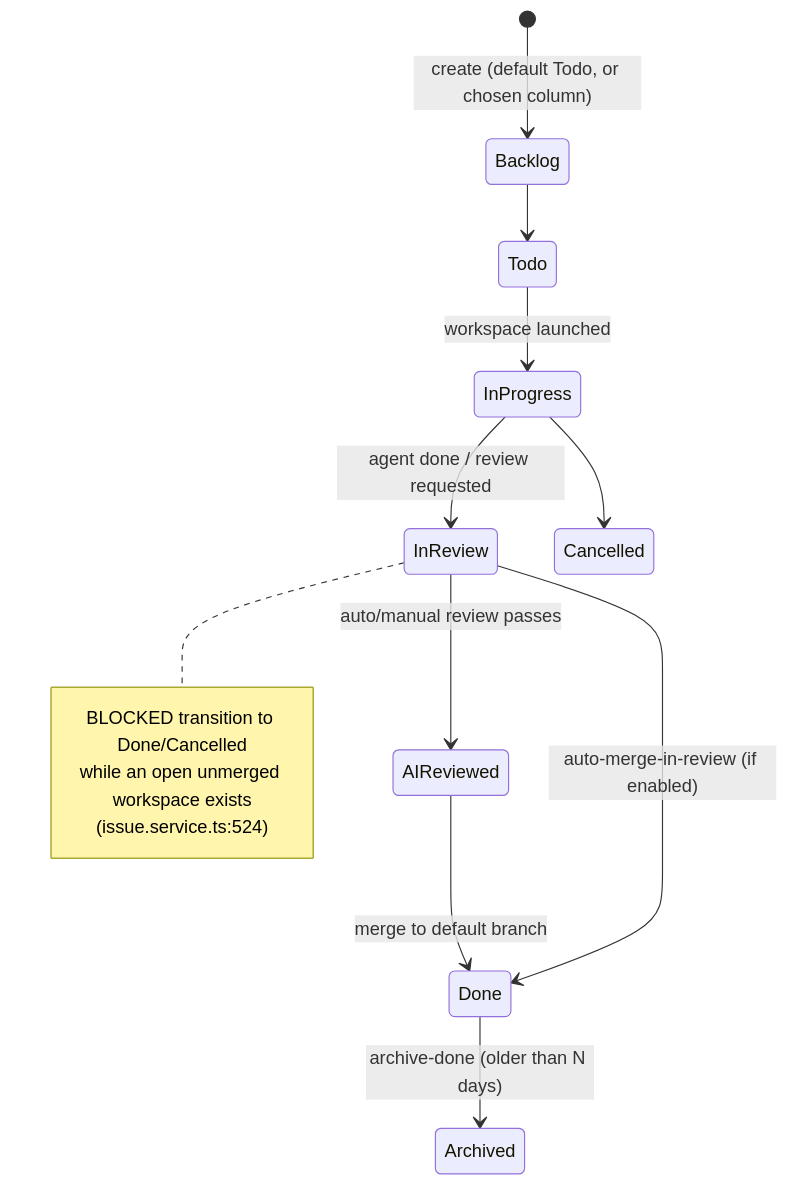
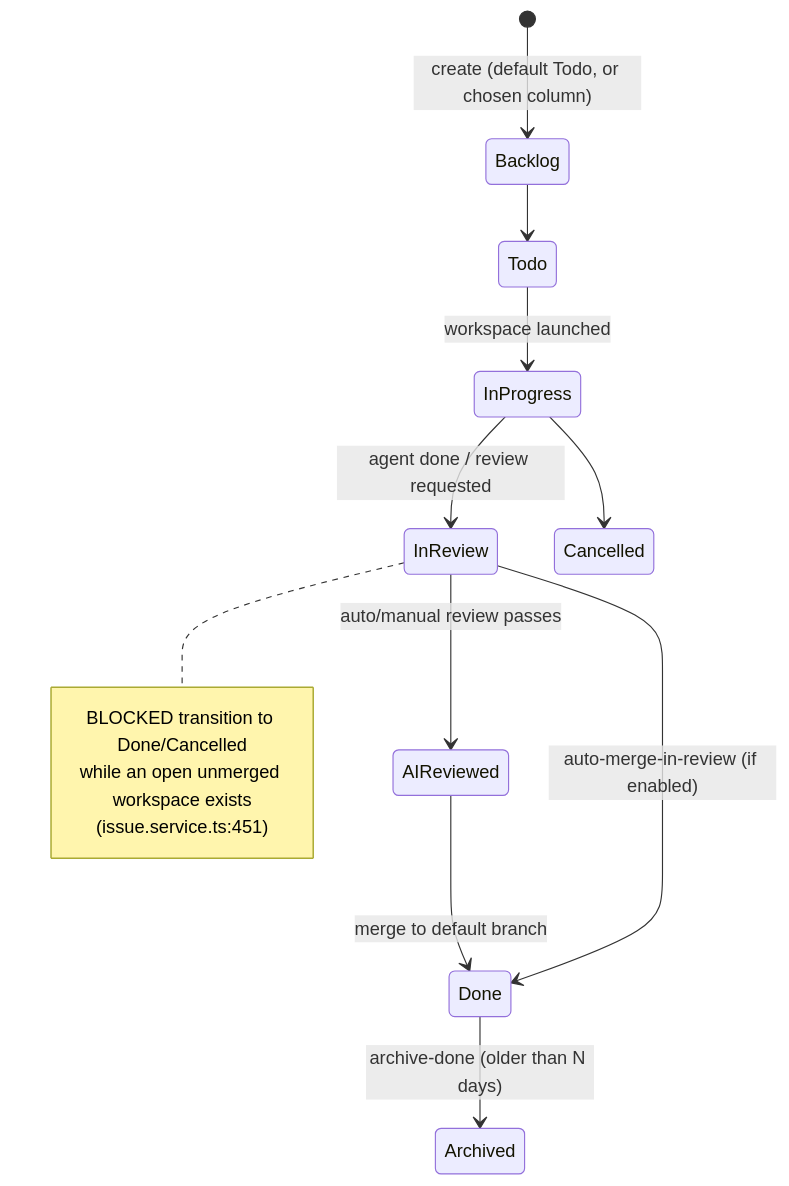
The diagram in docs/domain/issues-board.md (p-wegner/agentic-kanban), drawn with Mermaid before and after one commit. The commit also changed other lines of this file and 2 other files, not shown here.

````diff
--- a/docs/domain/issues-board.md
+++ b/docs/domain/issues-board.md
@@ -78,17 +80,17 @@
 ```mermaid
 stateDiagram-v2
   [*] --> Backlog: create (default Todo, or chosen column)
   Backlog --> Todo
   Todo --> InProgress: workspace launched
   InProgress --> InReview: agent done / review requested
   InReview --> AIReviewed: auto/manual review passes
   AIReviewed --> Done: merge to default branch
   InReview --> Done: auto-merge-in-review (if enabled)
   InProgress --> Cancelled
   Done --> Archived: archive-done (older than N days)
   note right of InReview
     BLOCKED transition to Done/Cancelled
     while an open unmerged workspace exists
-    (issue.service.ts:524)
+    (issue.service.ts:451)
   end note
 ```
````
